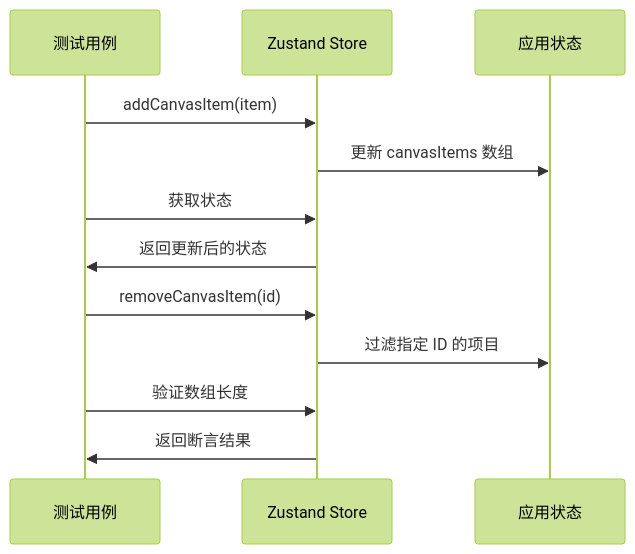
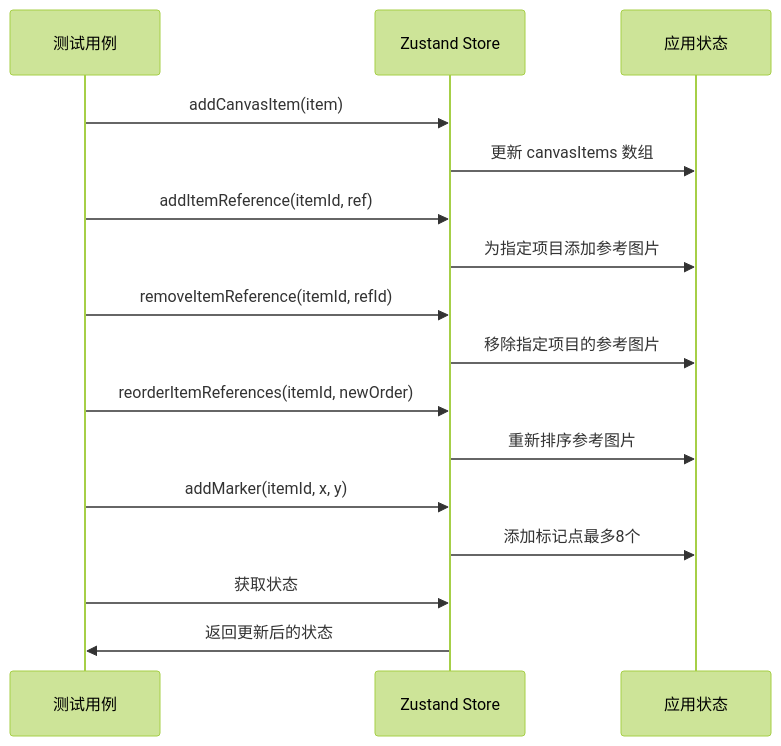
The third of 7 diagrams in .qoder/repowiki/zh/content/测试策略.md (billye220670/BananaFlow2), drawn with Mermaid (forest theme) before and after one commit. The commit also changed other lines of this file and 22 other files, not shown here.

````diff
--- a/.qoder/repowiki/zh/content/测试策略.md
+++ b/.qoder/repowiki/zh/content/测试策略.md
@@ -152,14 +165,18 @@
 ```mermaid
 sequenceDiagram
 participant Test as 测试用例
 participant Store as Zustand Store
 participant State as 应用状态
 Test->>Store : addCanvasItem(item)
 Store->>State : 更新 canvasItems 数组
+Test->>Store : addItemReference(itemId, ref)
+Store->>State : 为指定项目添加参考图片
+Test->>Store : removeItemReference(itemId, refId)
+Store->>State : 移除指定项目的参考图片
+Test->>Store : reorderItemReferences(itemId, newOrder)
+Store->>State : 重新排序参考图片
+Test->>Store : addMarker(itemId, x, y)
+Store->>State : 添加标记点最多8个
 Test->>Store : 获取状态
 Store->>Test : 返回更新后的状态
-Test->>Store : removeCanvasItem(id)
-Store->>State : 过滤指定 ID 的项目
-Test->>Store : 验证数组长度
-Store->>Test : 返回断言结果
 ```
````
